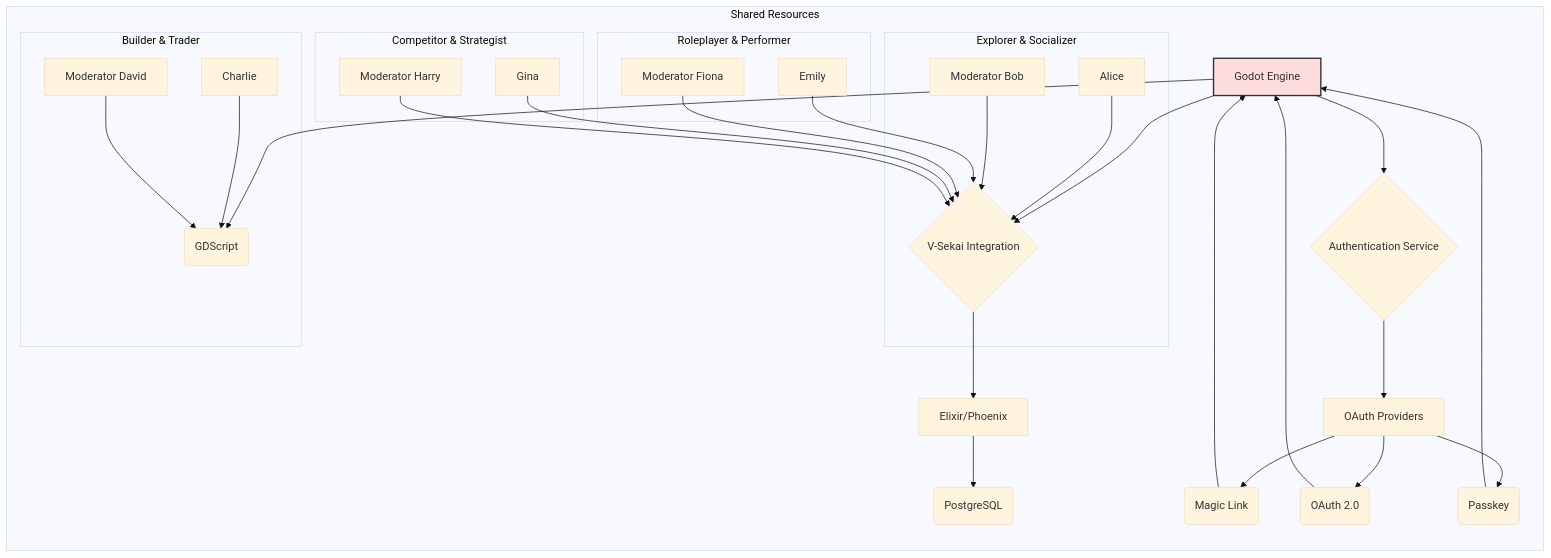
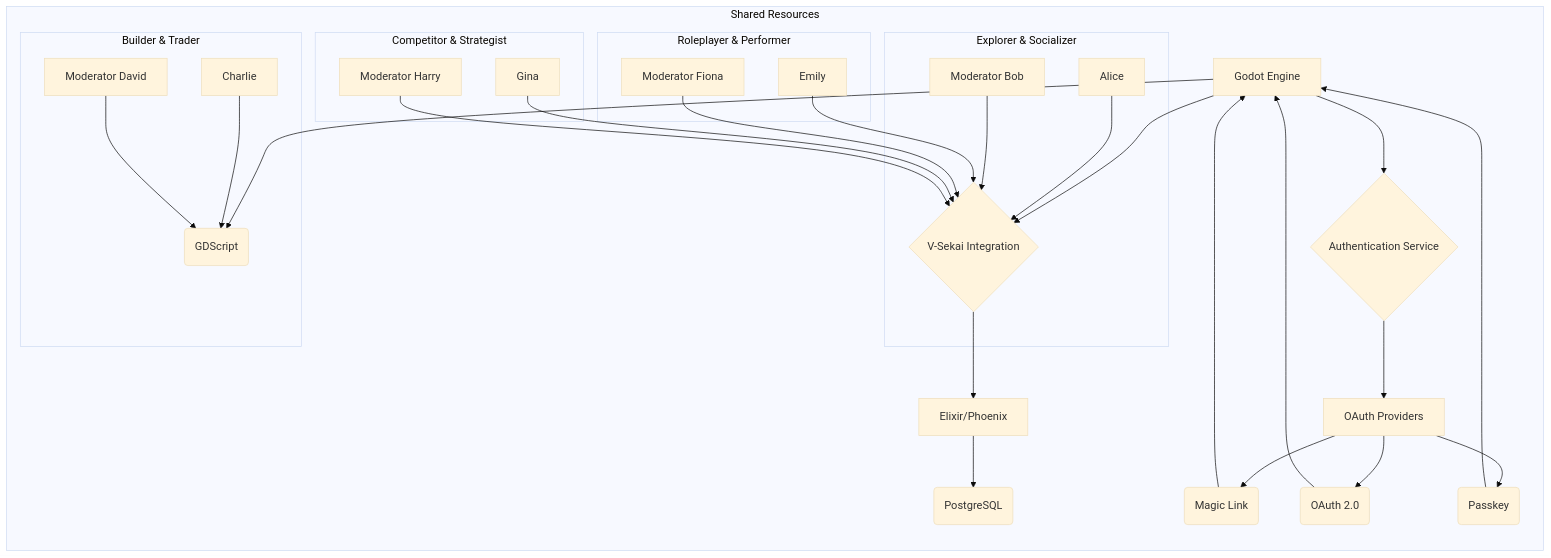
One commit to V-Sekai/manuals changed the diagram in decisions/20241229-one-prototyping-stack.md. Above: the diagram before and after it, drawn with Mermaid (base theme).

Commit message:
Remove colours.

````diff
--- a/decisions/20241229-one-prototyping-stack.md
+++ b/decisions/20241229-one-prototyping-stack.md
@@ -35,39 +35,37 @@
 ```mermaid
 graph LR
     subgraph "Shared Resources"
         A[Godot Engine] --> B(GDScript)
         A --> C{V-Sekai Integration}
         C --> D[Elixir/Phoenix]
         D --> E(PostgreSQL)
         A --> F{Authentication Service}
         F --> G[OAuth Providers]
         G --> H(Magic Link)
         G --> I(OAuth 2.0)
         G --> J(Passkey)
         H --> A
         I --> A
         J --> A
         
         subgraph "Explorer & Socializer"
             M[Alice] --> C
             Q[Moderator Bob] --> C
         end
         
         subgraph "Builder & Trader"
             O[Charlie] --> B
             S[Moderator David] --> B
         end
         
         subgraph "Roleplayer & Performer"
             U[Emily] --> C
             V[Moderator Fiona] --> C
         end
         
         subgraph "Competitor & Strategist"
             K[Gina] --> C
             L[Moderator Harry] --> C
         end 
     end
-
-    style A fill:#fdd,stroke:#333,stroke-width:2px
 ```
````
